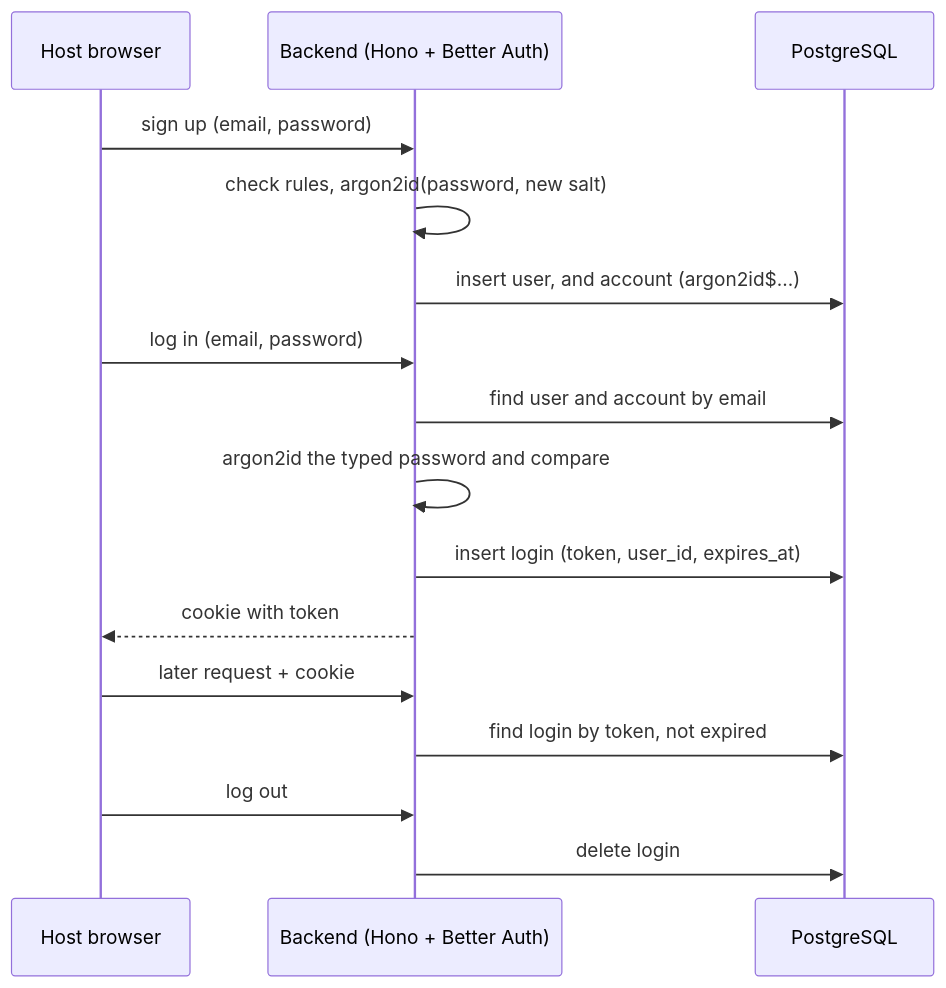
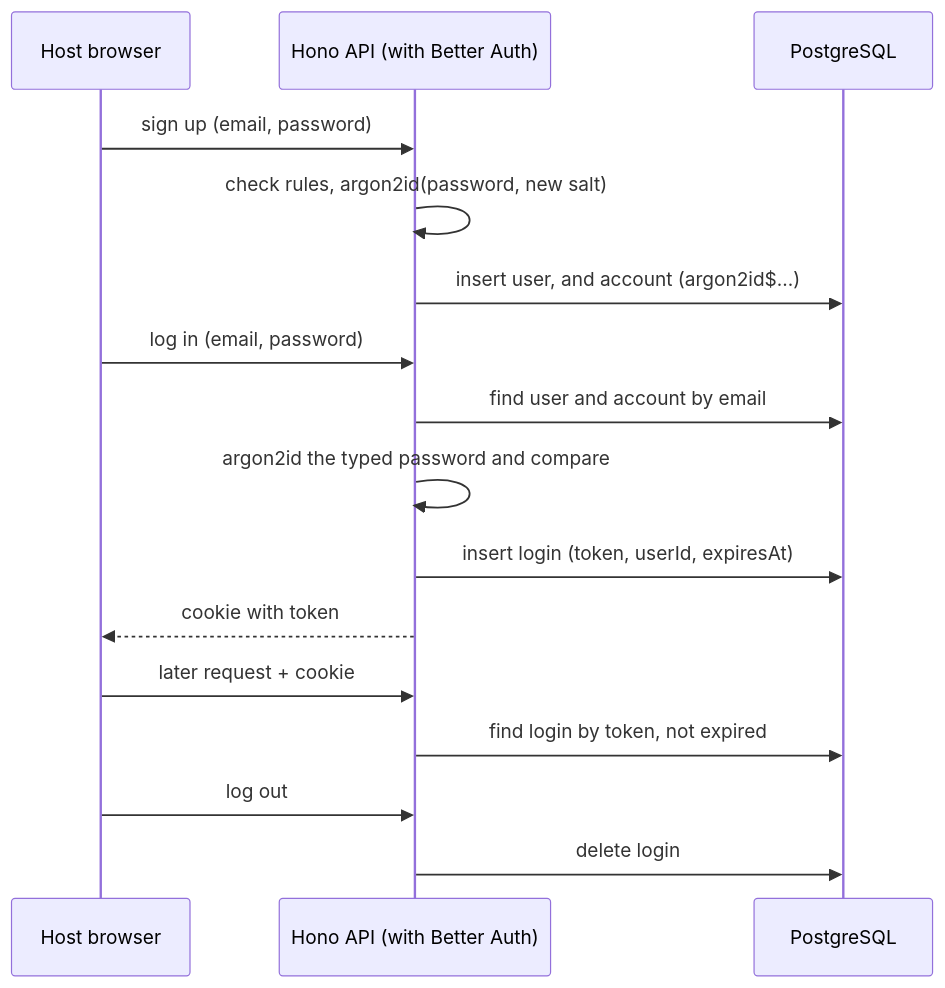
Before and after one commit to WH1TE-SHAD0W/ai-dubbing-studio: the diagram in docs/adr/0003-host-authentication.md, drawn with Mermaid. The commit also changed other lines of this file, not shown here.

Commit message:
docs: correct ADR-0003 against Better Auth's docs (YGP-12)

````diff
--- a/docs/adr/0003-host-authentication.md
+++ b/docs/adr/0003-host-authentication.md
@@ -156,18 +157,18 @@
 ```mermaid
 sequenceDiagram
   participant H as Host browser
-  participant B as Backend (Hono + Better Auth)
+  participant B as Hono API (with Better Auth)
   participant D as PostgreSQL
   H->>B: sign up (email, password)
   B->>B: check rules, argon2id(password, new salt)
   B->>D: insert user, and account (argon2id$...)
   H->>B: log in (email, password)
   B->>D: find user and account by email
   B->>B: argon2id the typed password and compare
-  B->>D: insert login (token, user_id, expires_at)
+  B->>D: insert login (token, userId, expiresAt)
   B-->>H: cookie with token
   H->>B: later request + cookie
   B->>D: find login by token, not expired
   H->>B: log out
   B->>D: delete login
 ```
````
